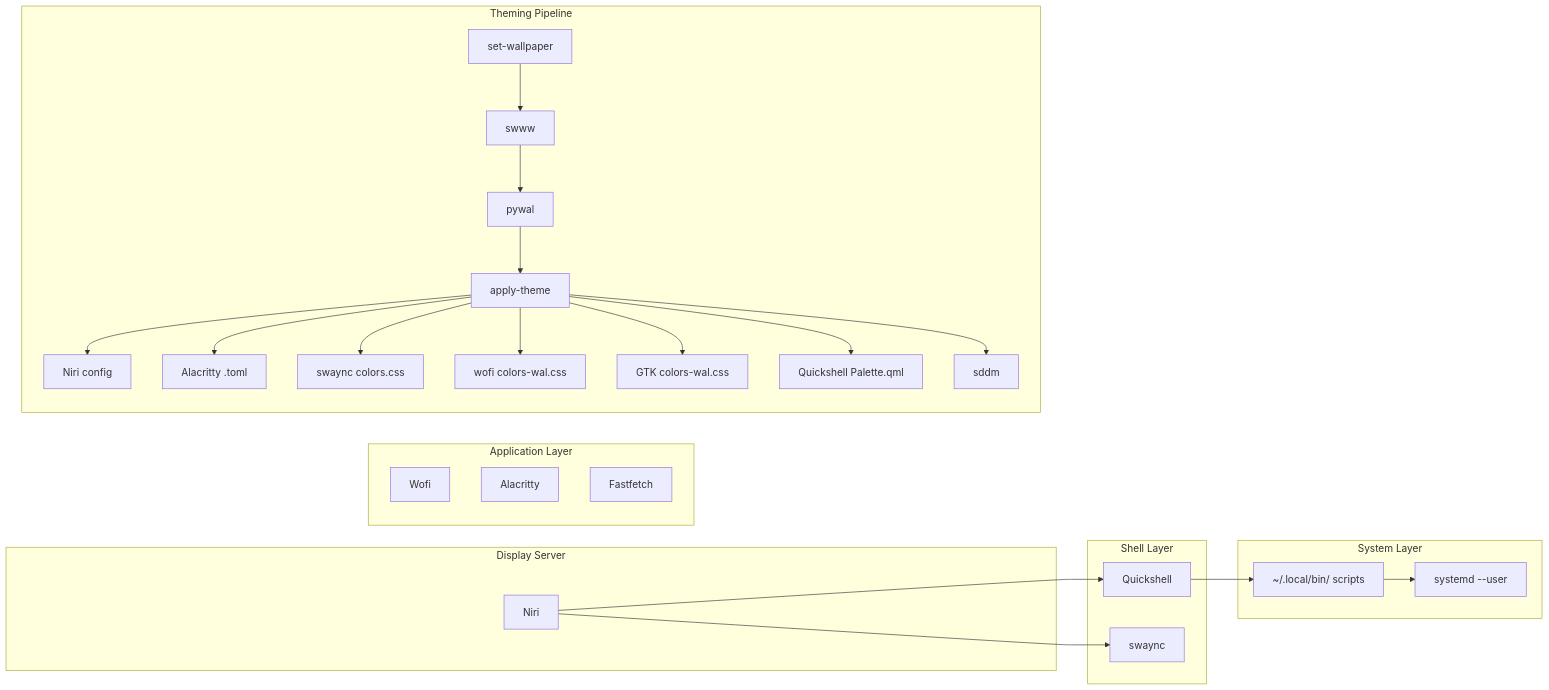
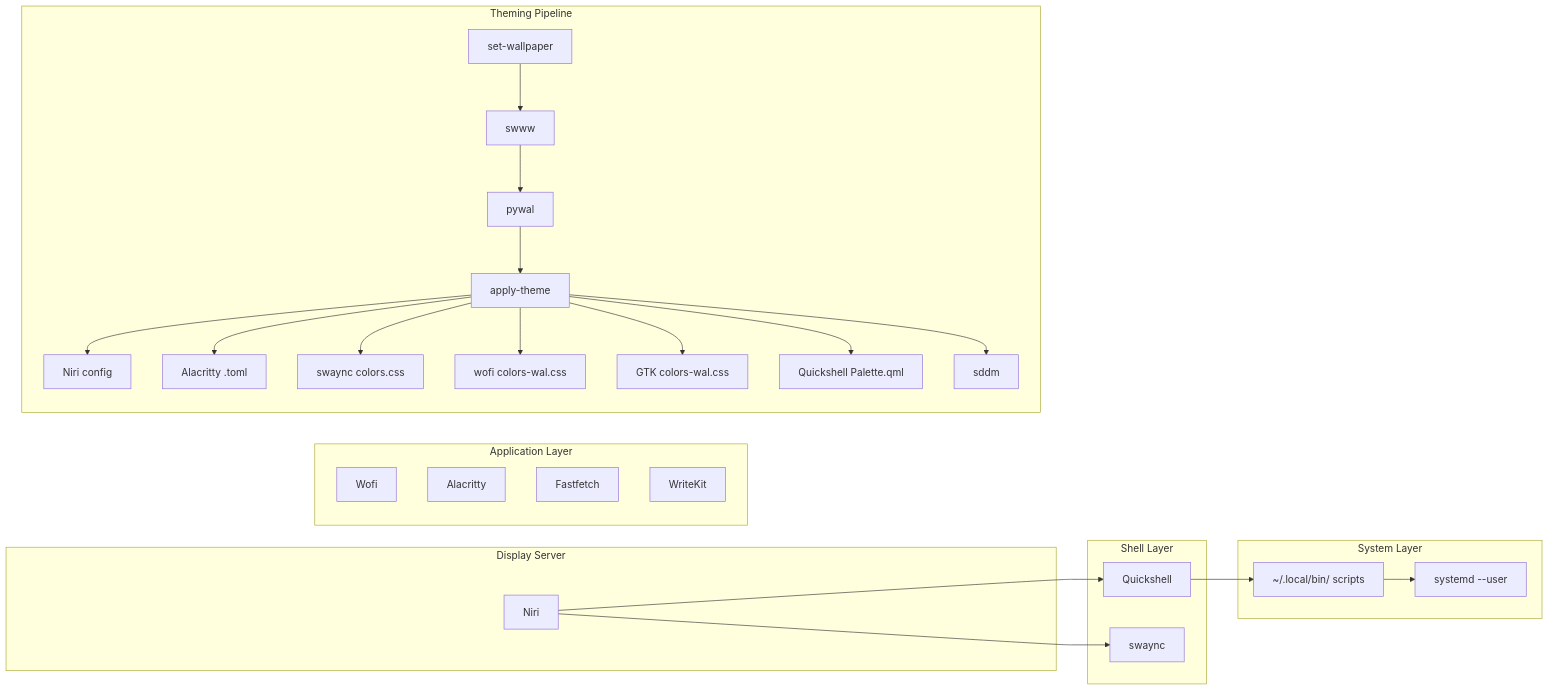
Before and after one commit to Lunga93/dotfiles: the first of 4 diagrams in docs/dev-vault/Architecture.md, drawn with Mermaid. The commit also changed 1 other file, not shown here.

Commit message:
feat(install): WriteKit deps — wails, gtk3, webkit2gtk-4.1
ensure_wails installs the Go build tool for WriteKit desktop; add gtk3 and webkit2gtk-4.1 to official packages. Architecture diagram gains WriteKit node.

````diff
--- a/docs/dev-vault/Architecture.md
+++ b/docs/dev-vault/Architecture.md
@@ -7,35 +7,36 @@
 ```mermaid
 graph LR
     subgraph Display["Display Server"]
         NIRI[Niri]
     end
     subgraph Shell["Shell Layer"]
         QS[Quickshell]
         SY[swaync]
     end
     subgraph Apps["Application Layer"]
         WO[Wofi]
         AL[Alacritty]
         FF[Fastfetch]
+        WK[WriteKit]
     end
     subgraph Theme["Theming Pipeline"]
         S1[set-wallpaper] --> S2[swww]
         S2 --> S3[pywal]
         S3 --> AT[apply-theme]
         AT --> NI[Niri config]
         AT --> AC[Alacritty .toml]
         AT --> SC[swaync colors.css]
         AT --> WC[wofi colors-wal.css]
         AT --> GC[GTK colors-wal.css]
         AT --> QC[Quickshell Palette.qml]
         AT --> SDDM[sddm]
     end
     subgraph Sys["System Layer"]
         SD[systemd --user]
         SL[~/.local/bin/ scripts]
     end
     NIRI --> QS
     NIRI --> SY
     QS --> SL
     SL --> SD
 ```
````
